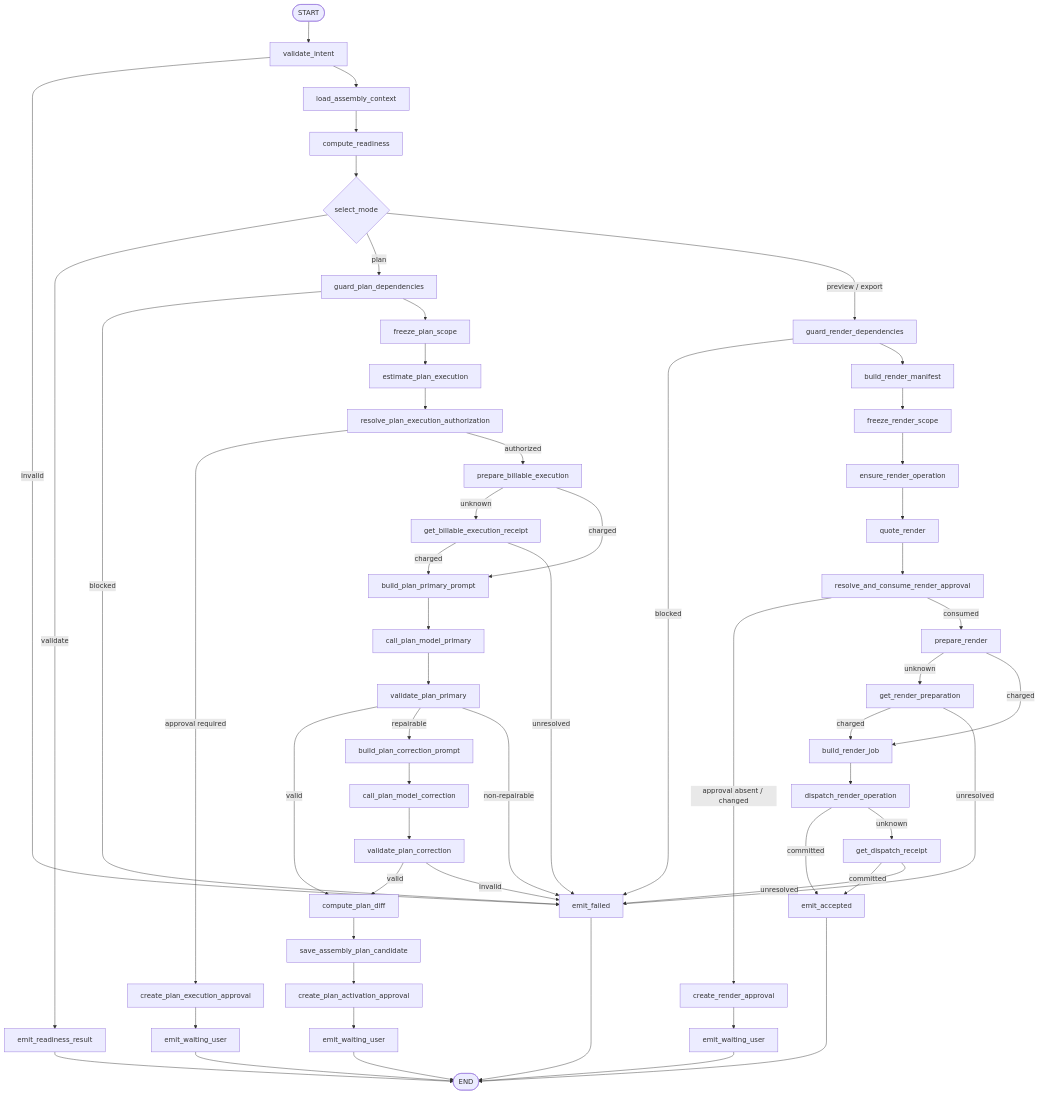
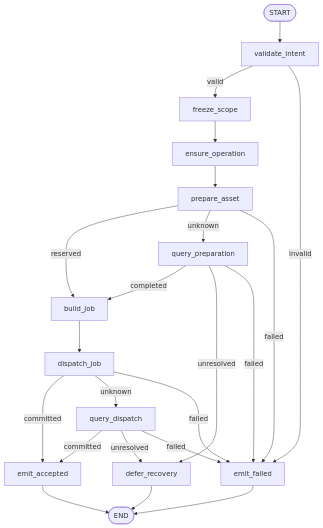
One commit to FigoGoo/Dora-Agent changed the first of 2 diagrams in docs/design/agent/graphtool/assemble_output-design.md. Above: the diagram before and after it, drawn with Mermaid. The commit also changed other lines of this file and 68 other files, not shown here.

````diff
--- a/docs/design/agent/graphtool/assemble_output-design.md
+++ b/docs/design/agent/graphtool/assemble_output-design.md
@@ -117,62 +42,24 @@
 ```mermaid
 flowchart TD
-    S([START]) --> V[validate_intent]
-    V -->|invalid| F[emit_failed]
-    V --> L[load_assembly_context]
-    L --> R[compute_readiness]
-    R --> M{select_mode}
-
-    M -->|validate| VR[emit_readiness_result]
-
-    M -->|plan| PG[guard_plan_dependencies]
-    PG -->|blocked| F
-    PG --> PS[freeze_plan_scope]
-    PS --> PE[estimate_plan_execution]
-    PE --> PA[resolve_plan_execution_authorization]
-    PA -->|approval required| PAA[create_plan_execution_approval]
-    PAA --> W1[emit_waiting_user]
-    PA -->|authorized| PC[prepare_billable_execution]
-    PC -->|unknown| PCQ[get_billable_execution_receipt]
-    PCQ -->|charged| PP1[build_plan_primary_prompt]
-    PCQ -->|unresolved| F
-    PC -->|charged| PP1
-    PP1 --> PM1[call_plan_model_primary]
-    PM1 --> PV1[validate_plan_primary]
-    PV1 -->|valid| PD[compute_plan_diff]
-    PV1 -->|repairable| PP2[build_plan_correction_prompt]
-    PV1 -->|non-repairable| F
-    PP2 --> PM2[call_plan_model_correction]
-    PM2 --> PV2[validate_plan_correction]
-    PV2 -->|valid| PD
-    PV2 -->|invalid| F
-    PD --> SP[save_assembly_plan_candidate]
-    SP --> APA[create_plan_activation_approval]
-    APA --> W2[emit_waiting_user]
-
-    M -->|preview / export| RG[guard_render_dependencies]
-    RG -->|blocked| F
-    RG --> RM[build_render_manifest]
-    RM --> RS[freeze_render_scope]
-    RS --> RO[ensure_render_operation]
-    RO --> RQ[quote_render]
-    RQ --> RA[resolve_and_consume_render_approval]
-    RA -->|approval absent / changed| RAA[create_render_approval]
-    RAA --> W3[emit_waiting_user]
-    RA -->|consumed| RP[prepare_render]
-    RP -->|unknown| RPQ[get_render_preparation]
-    RPQ -->|charged| RJ[build_render_job]
-    RPQ -->|unresolved| F
-    RP -->|charged| RJ
-    RJ --> RD[dispatch_render_operation]
-    RD -->|committed| OK[emit_accepted]
-    RD -->|unknown| RDQ[get_dispatch_receipt]
-    RDQ -->|committed| OK
-    RDQ -->|unresolved| F
-
-    VR --> X([END])
-    W1 --> X
-    W2 --> X
-    W3 --> X
-    OK --> X
-    F --> X
+    S([START]) --> VI[validate_intent]
+    VI -->|valid| FS[freeze_scope]
+    VI -->|invalid| EF[emit_failed]
+    FS --> EO[ensure_operation]
+    EO --> PA[prepare_asset]
+    PA -->|reserved| BJ[build_job]
+    PA -->|unknown| QP[query_preparation]
+    PA -->|failed| EF
+    QP -->|completed| BJ
+    QP -->|unresolved| DR[defer_recovery]
+    QP -->|failed| EF
+    BJ --> DJ[dispatch_job]
+    DJ -->|committed| EA[emit_accepted]
+    DJ -->|unknown| QD[query_dispatch]
+    DJ -->|failed| EF
+    QD -->|committed| EA
+    QD -->|unresolved| DR
+    QD -->|failed| EF
+    EA --> X([END])
+    EF --> X
+    DR --> X
 ```
````
